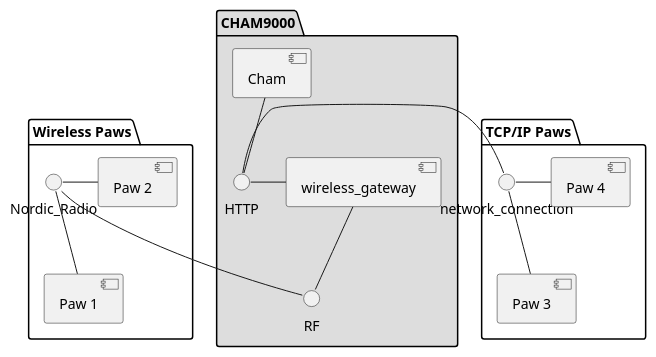
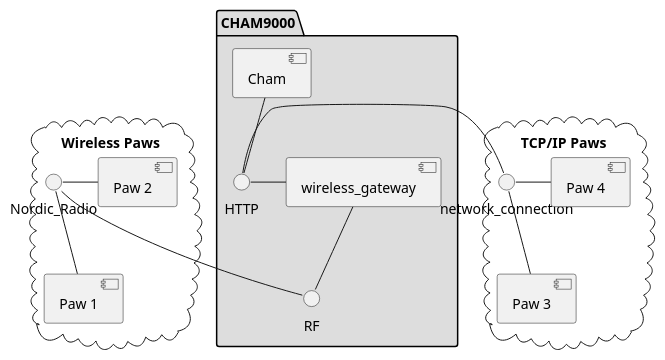
Before and after one commit to fiveohhh/cham9000: the first of 5 diagrams in docs/source/architecture.rst, drawn with PlantUML.

Commit message:
Changing package types
This makes it even easier to see that the cham is the central item

```diff
--- a/docs/source/architecture.rst
+++ b/docs/source/architecture.rst
@@ -115,18 +115,18 @@
 .. uml::
 
     package "CHAM9000" #DDDDDD{
     [Cham] -- HTTP
     HTTP - [wireless_gateway]
     [wireless_gateway] -- RF
     }
     
-    package "Wireless Paws" {
+    cloud "Wireless Paws"  {
     Nordic_Radio -- [Paw 1]
     Nordic_Radio - [Paw 2]
     Nordic_Radio -- RF
     }
-    package "TCP/IP Paws" {
+    cloud "TCP/IP Paws"  {
     network_connection -- [Paw 3]
     network_connection - [Paw 4]
     HTTP - network_connection
     }
```
